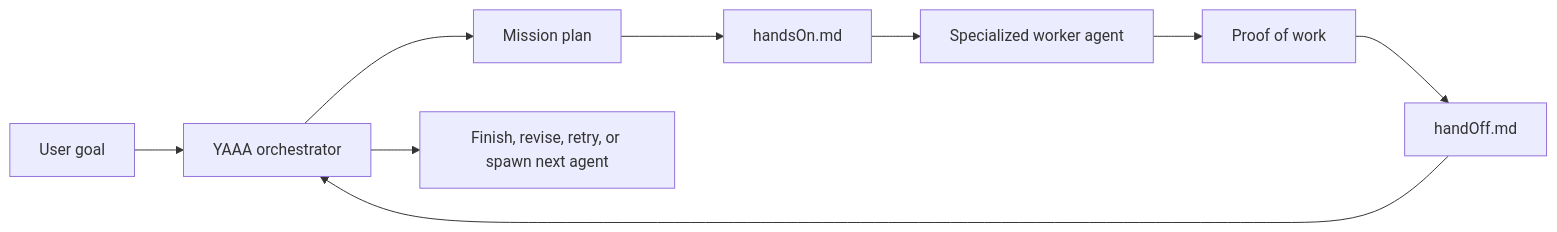
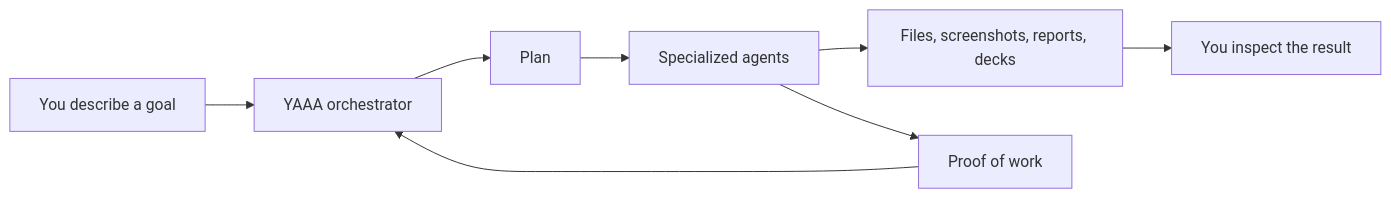
Before and after one commit to Yet-Another-AI-Agent/YAAA: the first of 2 diagrams in README.md, drawn with Mermaid. The commit also changed other lines of this file and 55 other files, not shown here.

````diff
--- a/README.md
+++ b/README.md
@@ -33,11 +48,10 @@
 ```mermaid
 flowchart LR
-    User["User goal"] --> Orchestrator["YAAA orchestrator"]
-    Orchestrator --> Plan["Mission plan"]
-    Plan --> HandsOn["handsOn.md"]
-    HandsOn --> Agent["Specialized worker agent"]
+    User["You describe a goal"] --> Orchestrator["YAAA orchestrator"]
+    Orchestrator --> Plan["Plan"]
+    Plan --> Agent["Specialized agents"]
+    Agent --> Artifacts["Files, screenshots, reports, decks"]
     Agent --> Proof["Proof of work"]
-    Proof --> HandOff["handOff.md"]
-    HandOff --> Orchestrator
-    Orchestrator --> Decision["Finish, revise, retry, or spawn next agent"]
+    Proof --> Orchestrator
+    Artifacts --> You["You inspect the result"]
 ```
````
